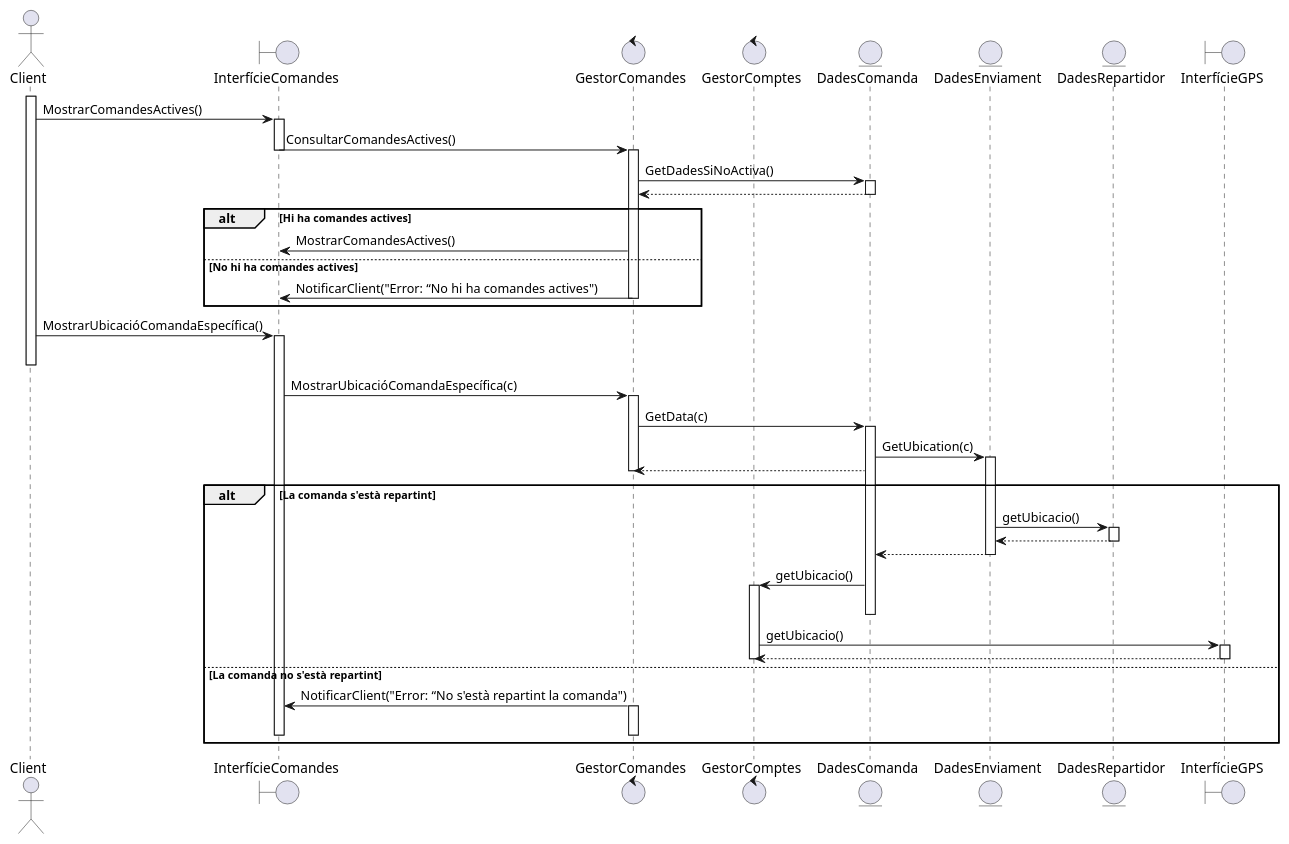
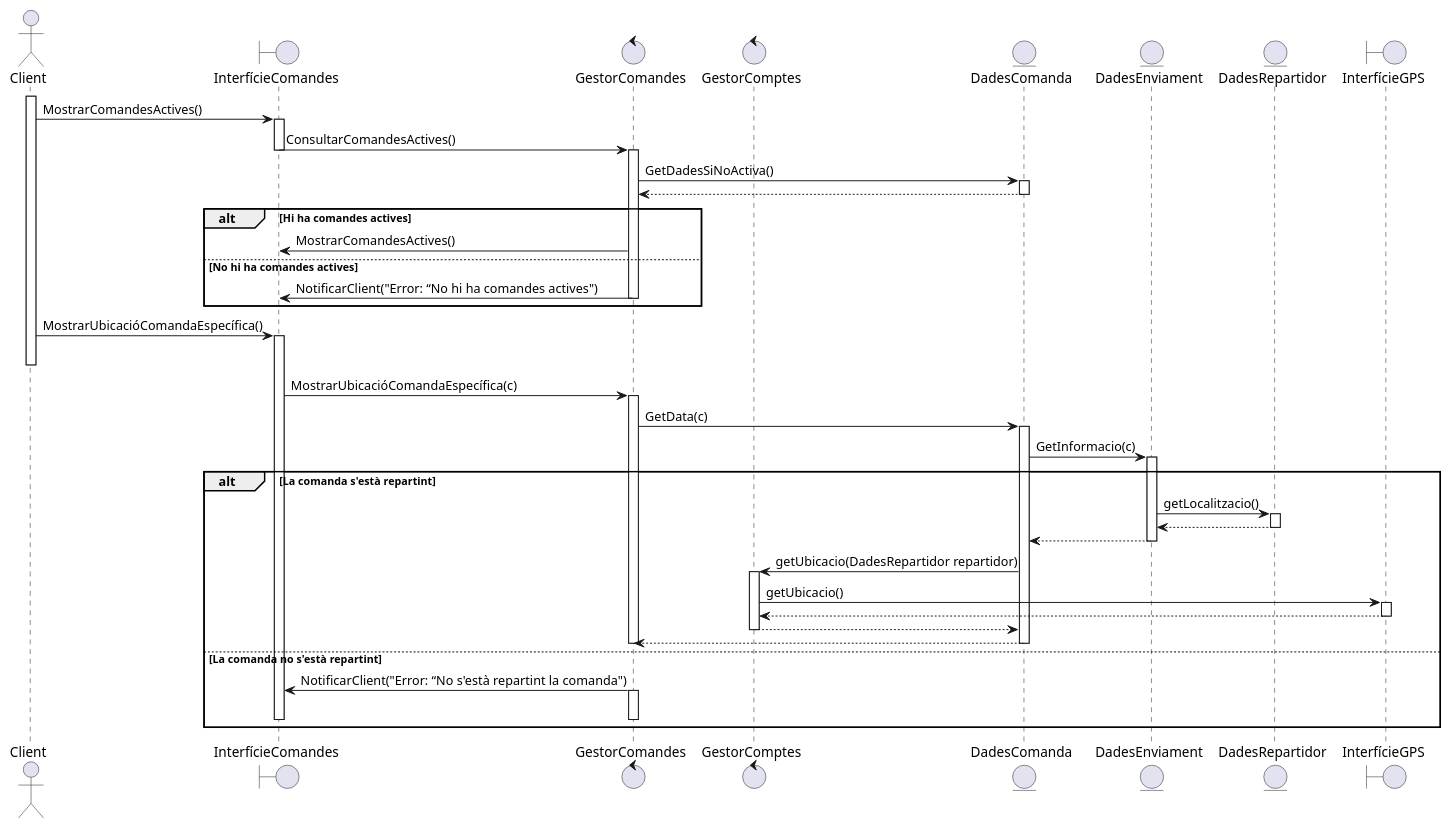
The diagram in documents/Diagrames i Especificacions/Seqüencia/seta/5 - Seguiment Comanda.puml (martipages/ES23UAB431-02), drawn with PlantUML before and after one commit. The commit also changed 15 other files, not shown here.

```diff
--- a/documents/Diagrames i Especificacions/Seqüencia/seta/5 - Seguiment Comanda.puml
+++ b/documents/Diagrames i Especificacions/Seqüencia/seta/5 - Seguiment Comanda.puml
@@ -1,60 +1,63 @@
 @startuml
 
 actor Client
 boundary InterfícieComandes
 boundary InterfícieGPS
 control GestorComandes
 control GestorComptes
 
 entity DadesComanda
 entity DadesEnviament
 entity DadesRepartidor
 boundary InterfícieGPS
 
 Client++
 Client -> InterfícieComandes++: MostrarComandesActives()
 InterfícieComandes -> GestorComandes--++: ConsultarComandesActives()
 
 GestorComandes->DadesComanda++:GetDadesSiNoActiva()
 DadesComanda-->GestorComandes--
 
 alt Hi ha comandes actives
 GestorComandes->InterfícieComandes: MostrarComandesActives() 
 else No hi ha comandes actives
 GestorComandes->InterfícieComandes--: NotificarClient("Error: “No hi ha comandes actives")
 end
 
 Client -> InterfícieComandes++: MostrarUbicacióComandaEspecífica()
 Client--
 InterfícieComandes -> GestorComandes++: MostrarUbicacióComandaEspecífica(c)
 GestorComandes -> DadesComanda++: GetData(c)
-DadesComanda -> DadesEnviament++: GetUbication(c)
-DadesComanda --> GestorComandes
-GestorComandes--
+DadesComanda -> DadesEnviament++: GetInformacio(c)
 
 alt La comanda s'està repartint
-DadesEnviament->DadesRepartidor++: getUbicacio()
+DadesEnviament->DadesRepartidor++: getLocalitzacio()
 DadesRepartidor-->DadesEnviament--
 
 DadesEnviament-->DadesComanda--
-DadesComanda->GestorComptes++: getUbicacio()
-DadesComanda--
+DadesComanda->GestorComptes++: getUbicacio(DadesRepartidor repartidor)
+
 GestorComptes->InterfícieGPS++: getUbicacio()
 InterfícieGPS-->GestorComptes
 InterfícieGPS--
+GestorComptes --> DadesComanda--
+DadesComanda --> GestorComandes
+GestorComandes--
+DadesComanda--
+
 GestorComptes--
 
 
 
 else La comanda no s'està repartint
 GestorComandes->InterfícieComandes: NotificarClient("Error: “No s'està repartint la comanda")
 
 GestorComandes++
 InterfícieComandes--
 GestorComandes--
 end
 
 
 
 
 @enduml
```
